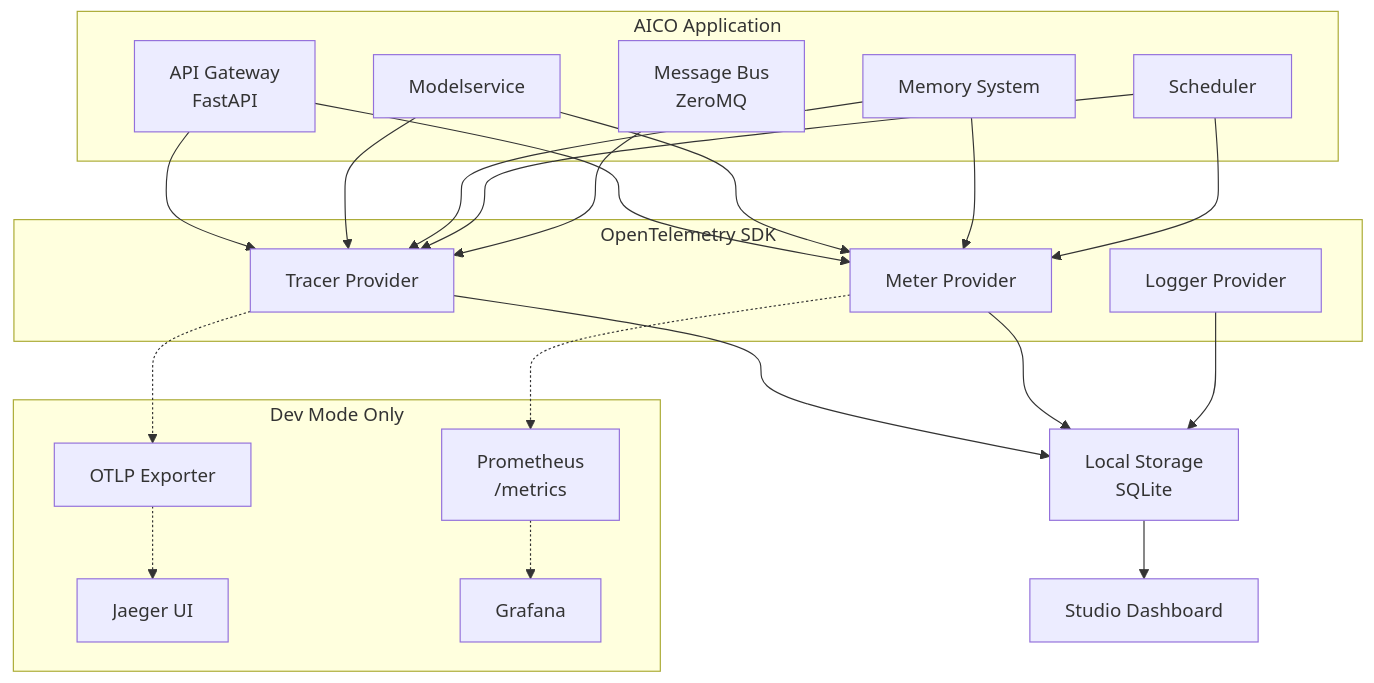
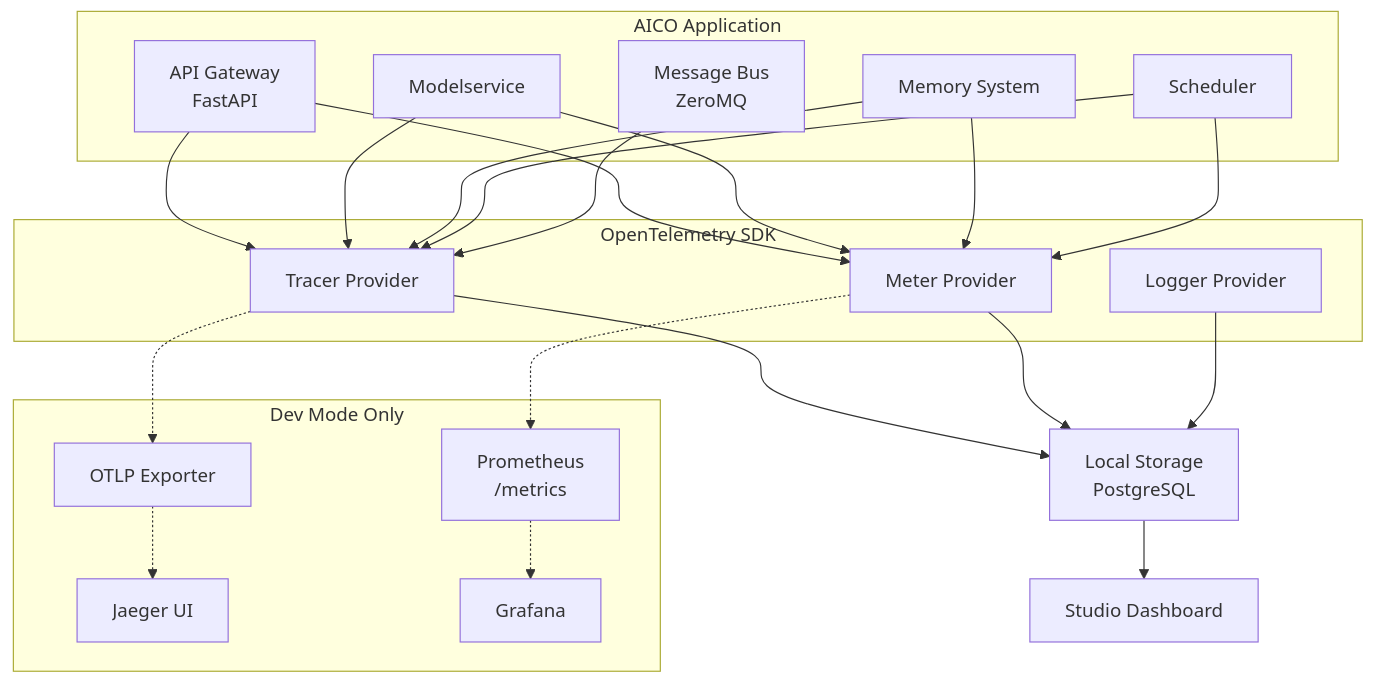
One commit to boeni-industries/aico changed the diagram in docs/operations/instrumentation/instrumentation.md. Above: the diagram before and after it, drawn with Mermaid. The commit also changed other lines of this file and 52 other files, not shown here.

````diff
--- a/docs/operations/instrumentation/instrumentation.md
+++ b/docs/operations/instrumentation/instrumentation.md
@@ -207,39 +207,39 @@
 ```mermaid
 graph TD;
   subgraph AICO Application
     API[API Gateway<br/>FastAPI]
     Model[Modelservice]
     Memory[Memory System]
     Scheduler[Scheduler]
     Bus[Message Bus<br/>ZeroMQ]
   end
   
   subgraph OpenTelemetry SDK
     Tracer[Tracer Provider]
     Meter[Meter Provider]
     Logger[Logger Provider]
   end
   
   API --> Tracer
   API --> Meter
   Model --> Tracer
   Model --> Meter
   Memory --> Tracer
   Memory --> Meter
   Scheduler --> Tracer
   Scheduler --> Meter
   Bus --> Tracer
   
-  Tracer --> LocalStore[Local Storage<br/>SQLite]
+  Tracer --> LocalStore[Local Storage<br/>PostgreSQL]
   Meter --> LocalStore
   Logger --> LocalStore
   
   LocalStore --> Studio[Studio Dashboard]
   
   subgraph Dev Mode Only
     Tracer -.-> OTLP[OTLP Exporter]
     Meter -.-> Prom[Prometheus<br/>/metrics]
     OTLP -.-> Jaeger[Jaeger UI]
     Prom -.-> Grafana[Grafana]
   end
 ```
````
